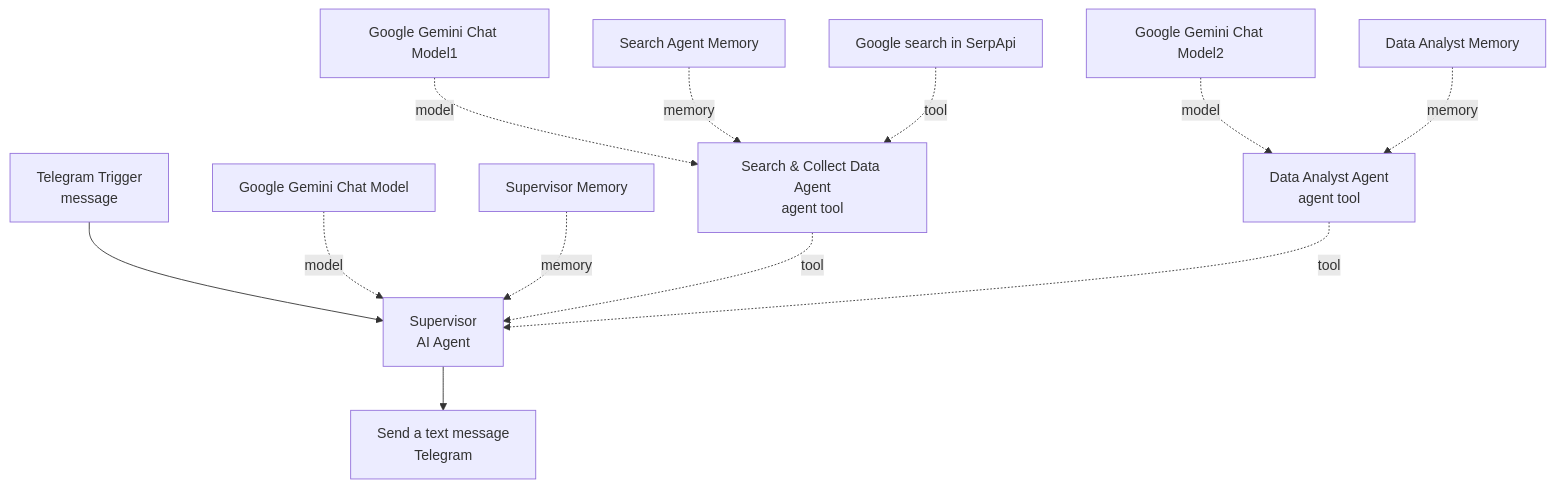
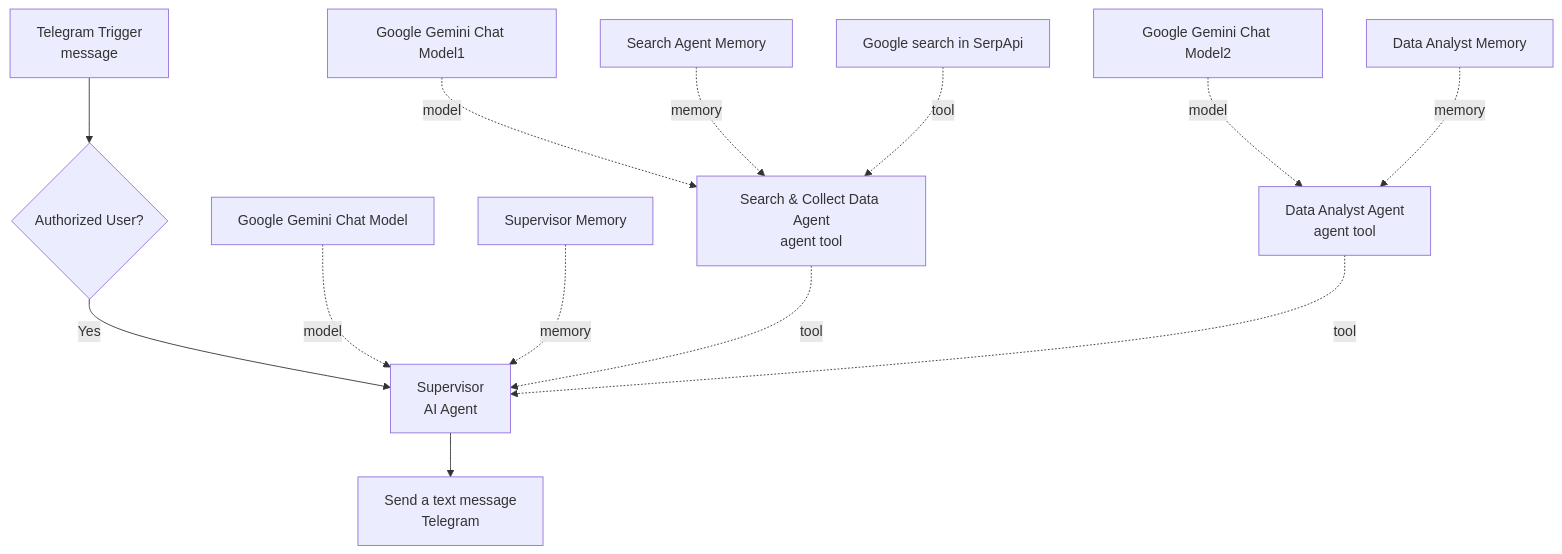
The first of 2 diagrams in multi-agent-patterns/README.md (Omar-Ayman0/n8n-ai-automation-projects), drawn with Mermaid before and after one commit. The commit also changed other lines of this file and 18 other files, not shown here.

````diff
--- a/multi-agent-patterns/README.md
+++ b/multi-agent-patterns/README.md
@@ -31,18 +31,19 @@
 ```mermaid
 flowchart TD
-    TG["Telegram Trigger<br/>message"] --> SUP["Supervisor<br/>AI Agent"]
+    TG["Telegram Trigger<br/>message"] --> AUTH{"Authorized User?"}
+    AUTH -->|Yes| SUP["Supervisor<br/>AI Agent"]
     SUP --> OUT["Send a text message<br/>Telegram"]
 
     LLM0["Google Gemini Chat Model"] -.->|model| SUP
     MEM0["Supervisor Memory"] -.->|memory| SUP
 
     SA["Search & Collect Data Agent<br/>agent tool"] -.->|tool| SUP
     DA["Data Analyst Agent<br/>agent tool"] -.->|tool| SUP
 
     LLM1["Google Gemini Chat Model1"] -.->|model| SA
     MEM1["Search Agent Memory"] -.->|memory| SA
     SERP["Google search in SerpApi"] -.->|tool| SA
 
     LLM2["Google Gemini Chat Model2"] -.->|model| DA
     MEM2["Data Analyst Memory"] -.->|memory| DA
 ```
````
